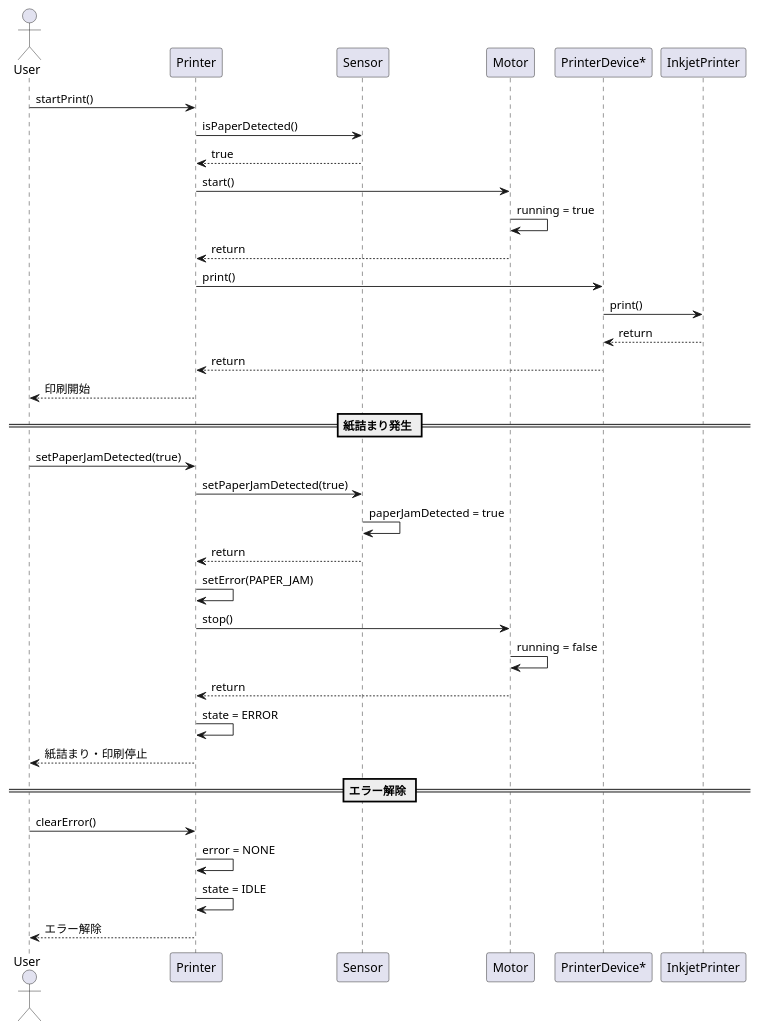
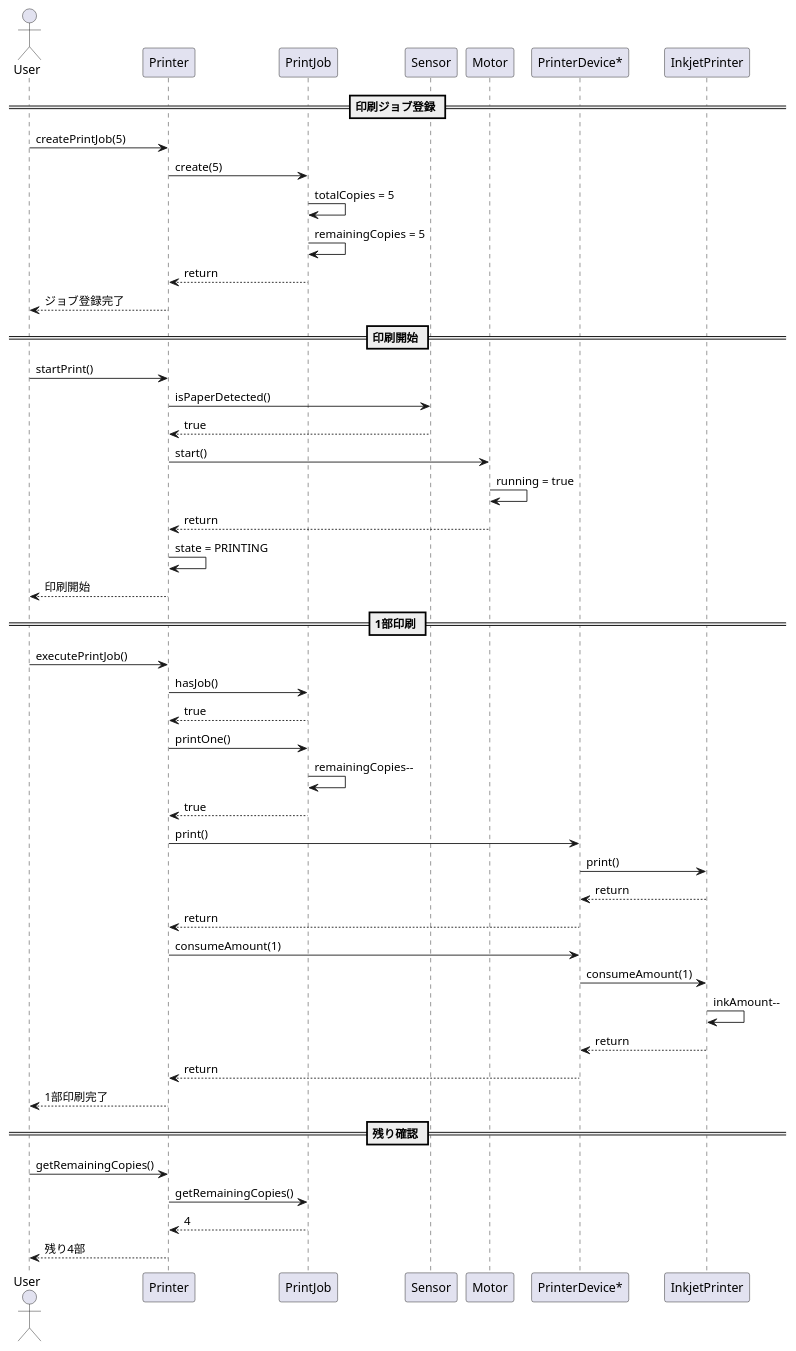
Before and after one commit to hiroshi-tak/print-simulator: the diagram in docs/sequence.puml, drawn with PlantUML. The commit also changed 13 other files, not shown here.

```diff
--- a/docs/sequence.puml
+++ b/docs/sequence.puml
@@ -1,54 +1,70 @@
 @startuml
 
 actor User
 
 participant Printer
+participant PrintJob
 participant Sensor
 participant Motor
 participant "PrinterDevice*" as Device
 participant InkjetPrinter
+
+== 印刷ジョブ登録 ==
+
+User -> Printer : createPrintJob(5)
+
+Printer -> PrintJob : create(5)
+PrintJob -> PrintJob : totalCopies = 5
+PrintJob -> PrintJob : remainingCopies = 5
+PrintJob --> Printer : return
+
+Printer --> User : ジョブ登録完了
+
+== 印刷開始 ==
 
 User -> Printer : startPrint()
 
 Printer -> Sensor : isPaperDetected()
 Sensor --> Printer : true
 
 Printer -> Motor : start()
 Motor -> Motor : running = true
 Motor --> Printer : return
 
+Printer -> Printer : state = PRINTING
+
+Printer --> User : 印刷開始
+
+== 1部印刷 ==
+
+User -> Printer : executePrintJob()
+
+Printer -> PrintJob : hasJob()
+PrintJob --> Printer : true
+
+Printer -> PrintJob : printOne()
+PrintJob -> PrintJob : remainingCopies--
+PrintJob --> Printer : true
+
 Printer -> Device : print()
 Device -> InkjetPrinter : print()
 InkjetPrinter --> Device : return
 Device --> Printer : return
 
-Printer --> User : 印刷開始
+Printer -> Device : consumeAmount(1)
+Device -> InkjetPrinter : consumeAmount(1)
+InkjetPrinter -> InkjetPrinter : inkAmount--
+InkjetPrinter --> Device : return
+Device --> Printer : return
 
-== 紙詰まり発生 ==
+Printer --> User : 1部印刷完了
 
-User -> Printer : setPaperJamDetected(true)
+== 残り確認 ==
 
-Printer -> Sensor : setPaperJamDetected(true)
-Sensor -> Sensor : paperJamDetected = true
-Sensor --> Printer : return
+User -> Printer : getRemainingCopies()
 
-Printer -> Printer : setError(PAPER_JAM)
-
-Printer -> Motor : stop()
-Motor -> Motor : running = false
-Motor --> Printer : return
-
-Printer -> Printer : state = ERROR
-
-Printer --> User : 紙詰まり・印刷停止
-
-== エラー解除 ==
-
-User -> Printer : clearError()
-
-Printer -> Printer : error = NONE
-Printer -> Printer : state = IDLE
-
-Printer --> User : エラー解除
+Printer -> PrintJob : getRemainingCopies()
+PrintJob --> Printer : 4
+Printer --> User : 残り4部
 
 @enduml
```
